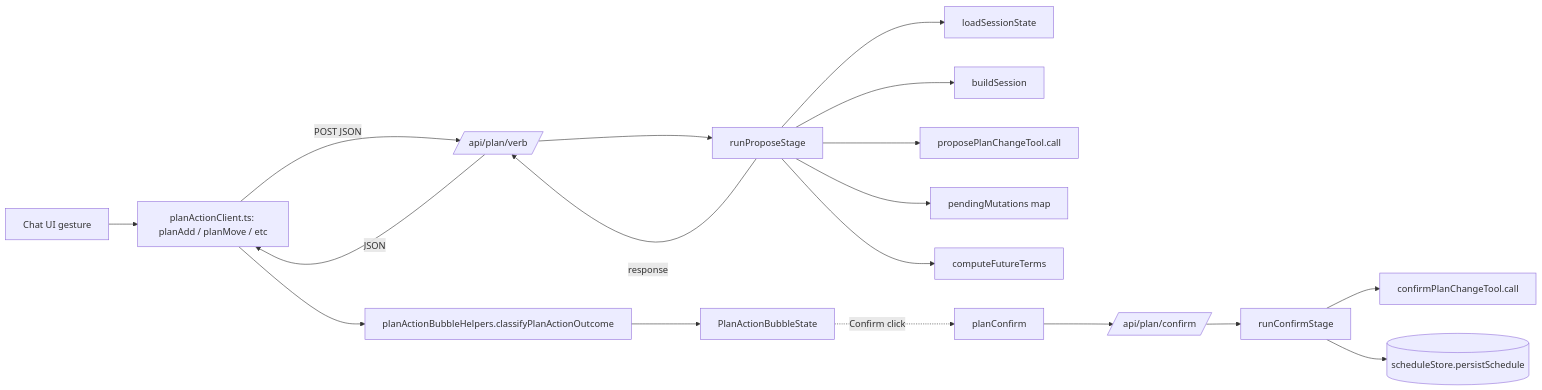
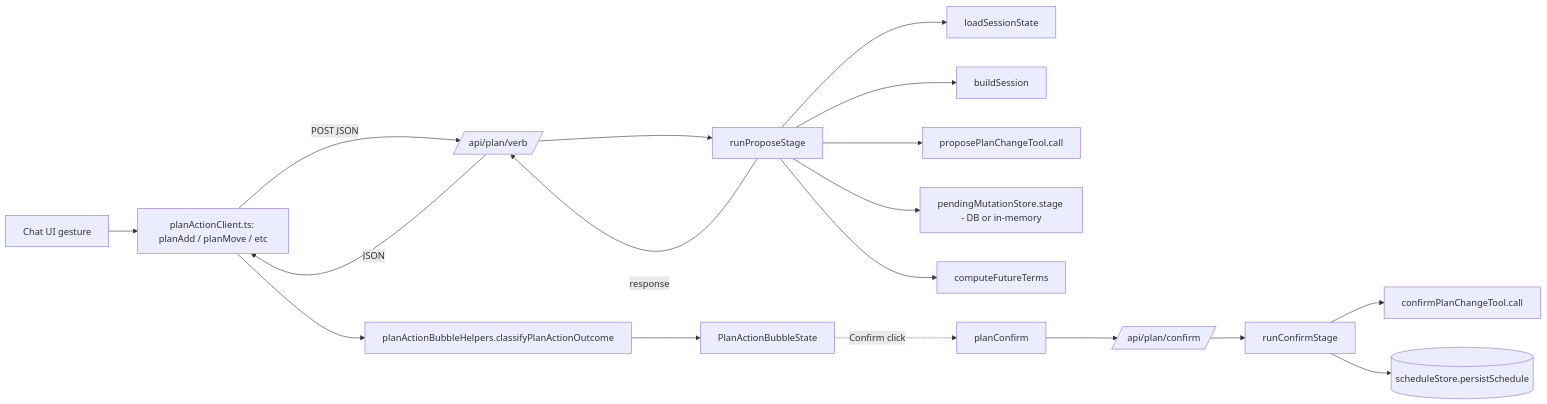
One commit to EdoardoMongardi/NYU_Path changed the second of 4 diagrams in Docs/current-system/web/plan-action-orchestrator.md. Above: the diagram before and after it, drawn with Mermaid. The commit also changed other lines of this file and 3 other files, not shown here.

````diff
--- a/Docs/current-system/web/plan-action-orchestrator.md
+++ b/Docs/current-system/web/plan-action-orchestrator.md
@@ -36,20 +36,20 @@
 ```mermaid
 flowchart LR
     UI[Chat UI gesture] --> Client[planActionClient.ts: planAdd / planMove / etc]
     Client -->|POST JSON| Route[/api/plan/verb/]
     Route --> Orch[runProposeStage]
     Orch --> LoadState[loadSessionState]
     Orch --> BuildSession[buildSession]
     Orch --> ProposeTool[proposePlanChangeTool.call]
-    Orch --> Pending[pendingMutations map]
+    Orch --> Pending[pendingMutationStore.stage - DB or in-memory]
     Orch --> FT[computeFutureTerms]
     Orch -->|response| Route
     Route -->|JSON| Client
     Client --> Bubble[planActionBubbleHelpers.classifyPlanActionOutcome]
     Bubble --> BubbleState[PlanActionBubbleState]
     BubbleState -.->|Confirm click| ConfirmClient[planConfirm]
     ConfirmClient --> ConfirmRoute[/api/plan/confirm/]
     ConfirmRoute --> ConfirmStage[runConfirmStage]
     ConfirmStage --> ConfirmTool[confirmPlanChangeTool.call]
     ConfirmStage --> Persist[(scheduleStore.persistSchedule)]
 ```
````
